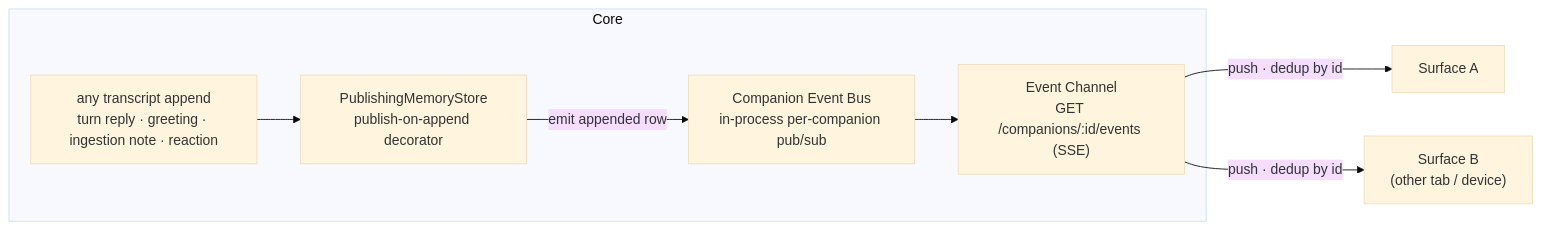
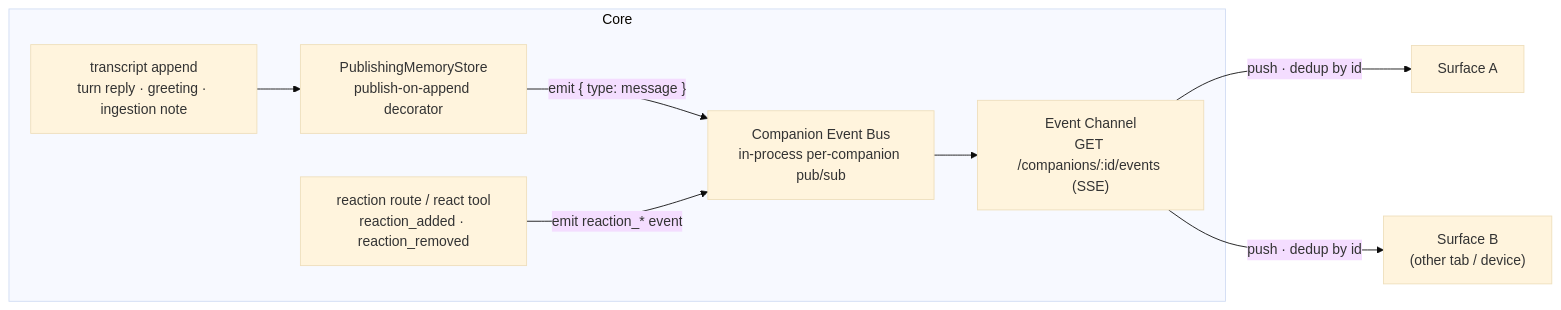
Diagram 12 of 12 in docs/architecture.md (CobbleStamp/CobbleCompanion), drawn with Mermaid (base theme) before and after one commit. The commit also changed other lines of this file and 8 other files, not shown here.

````diff
--- a/docs/architecture.md
+++ b/docs/architecture.md
@@ -877,17 +879,19 @@
 ```mermaid
 flowchart LR
   subgraph CORE["Core"]
-    APPEND["any transcript append<br/>turn reply · greeting · ingestion note · reaction"]
+    APPEND["transcript append<br/>turn reply · greeting · ingestion note"]
     PUB["PublishingMemoryStore<br/>publish-on-append decorator"]
+    REACT["reaction route / react tool<br/>reaction_added · reaction_removed"]
     BUS["Companion Event Bus<br/>in-process per-companion pub/sub"]
     CHAN["Event Channel<br/>GET /companions/:id/events (SSE)"]
   end
   S1["Surface A"]
   S2["Surface B<br/>(other tab / device)"]
 
   APPEND --> PUB
-  PUB -->|emit appended row| BUS
+  PUB -->|"emit { type: message }"| BUS
+  REACT -->|emit reaction_* event| BUS
   BUS --> CHAN
   CHAN -->|"push · dedup by id"| S1
   CHAN -->|"push · dedup by id"| S2
 ```
````
